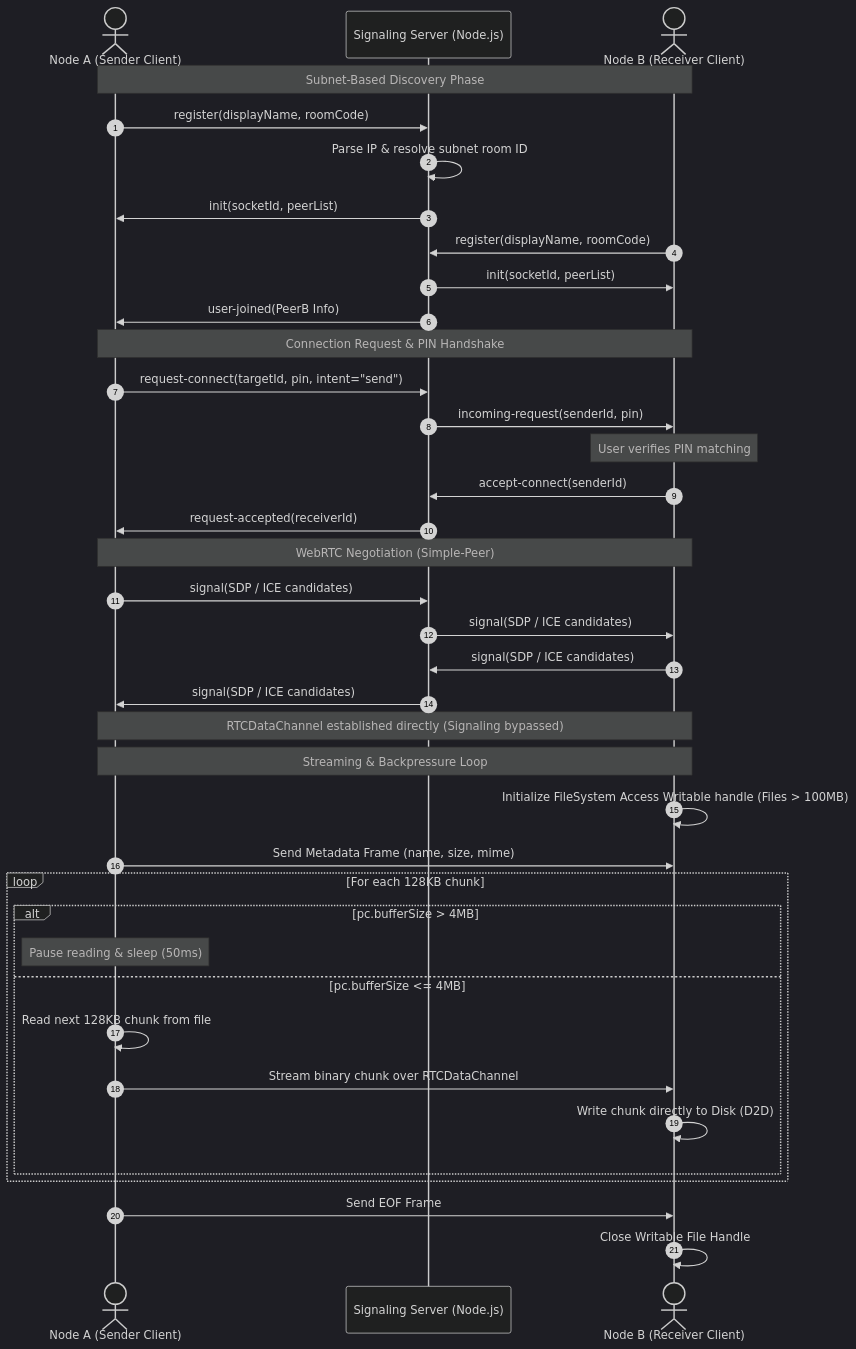
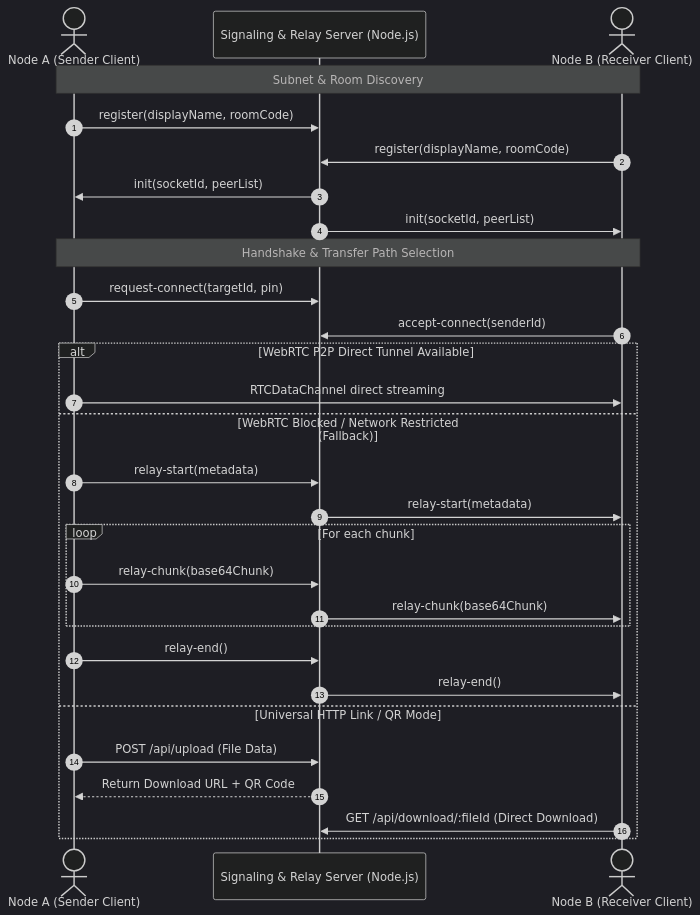
The diagram in README.md (sumitsharma29/aether), drawn with Mermaid (dark theme) before and after one commit. The commit also changed other lines of this file and 4 other files, not shown here.

Commit message:
feat: multi-tier file sharing architecture (WebRTC P2P, Socket Relay, HTTP Link & QR Code)

````diff
--- a/README.md
+++ b/README.md
@@ -19,44 +30,34 @@
 ```mermaid
 sequenceDiagram
     autonumber
     actor PeerA as Node A (Sender Client)
-    participant Sig as Signaling Server (Node.js)
+    participant Sig as Signaling & Relay Server (Node.js)
     actor PeerB as Node B (Receiver Client)
     
-    Note over PeerA, PeerB: Subnet-Based Discovery Phase
+    Note over PeerA, PeerB: Subnet & Room Discovery
     PeerA->>Sig: register(displayName, roomCode)
-    Sig->>Sig: Parse IP & resolve subnet room ID
+    PeerB->>Sig: register(displayName, roomCode)
     Sig->>PeerA: init(socketId, peerList)
-    PeerB->>Sig: register(displayName, roomCode)
     Sig->>PeerB: init(socketId, peerList)
-    Sig->>PeerA: user-joined(PeerB Info)
     
-    Note over PeerA, PeerB: Connection Request & PIN Handshake
-    PeerA->>Sig: request-connect(targetId, pin, intent="send")
-    Sig->>PeerB: incoming-request(senderId, pin)
-    Note over PeerB: User verifies PIN matching
+    Note over PeerA, PeerB: Handshake & Transfer Path Selection
+    PeerA->>Sig: request-connect(targetId, pin)
     PeerB->>Sig: accept-connect(senderId)
-    Sig->>PeerA: request-accepted(receiverId)
     
-    Note over PeerA, PeerB: WebRTC Negotiation (Simple-Peer)
-    PeerA->>Sig: signal(SDP / ICE candidates)
-    Sig->>PeerB: signal(SDP / ICE candidates)
-    PeerB->>Sig: signal(SDP / ICE candidates)
-    Sig->>PeerA: signal(SDP / ICE candidates)
-    Note over PeerA, PeerB: RTCDataChannel established directly (Signaling bypassed)
-    
-    Note over PeerA, PeerB: Streaming & Backpressure Loop
-    PeerB->>PeerB: Initialize FileSystem Access Writable handle (Files > 100MB)
-    PeerA->>PeerB: Send Metadata Frame (name, size, mime)
-    loop For each 128KB chunk
-        alt pc.bufferSize > 4MB
-            Note over PeerA: Pause reading & sleep (50ms)
-        else pc.bufferSize <= 4MB
-            PeerA->>PeerA: Read next 128KB chunk from file
-            PeerA->>PeerB: Stream binary chunk over RTCDataChannel
-            PeerB->>PeerB: Write chunk directly to Disk (D2D)
+    alt WebRTC P2P Direct Tunnel Available
+        PeerA->>PeerB: RTCDataChannel direct streaming
+    else WebRTC Blocked / Network Restricted (Fallback)
+        PeerA->>Sig: relay-start(metadata)
+        Sig->>PeerB: relay-start(metadata)
+        loop For each chunk
+            PeerA->>Sig: relay-chunk(base64Chunk)
+            Sig->>PeerB: relay-chunk(base64Chunk)
         end
+        PeerA->>Sig: relay-end()
+        Sig->>PeerB: relay-end()
+    else Universal HTTP Link / QR Mode
+        PeerA->>Sig: POST /api/upload (File Data)
+        Sig-->>PeerA: Return Download URL + QR Code
+        PeerB->>Sig: GET /api/download/:fileId (Direct Download)
     end
-    PeerA->>PeerB: Send EOF Frame
-    PeerB->>PeerB: Close Writable File Handle
 ```
````
